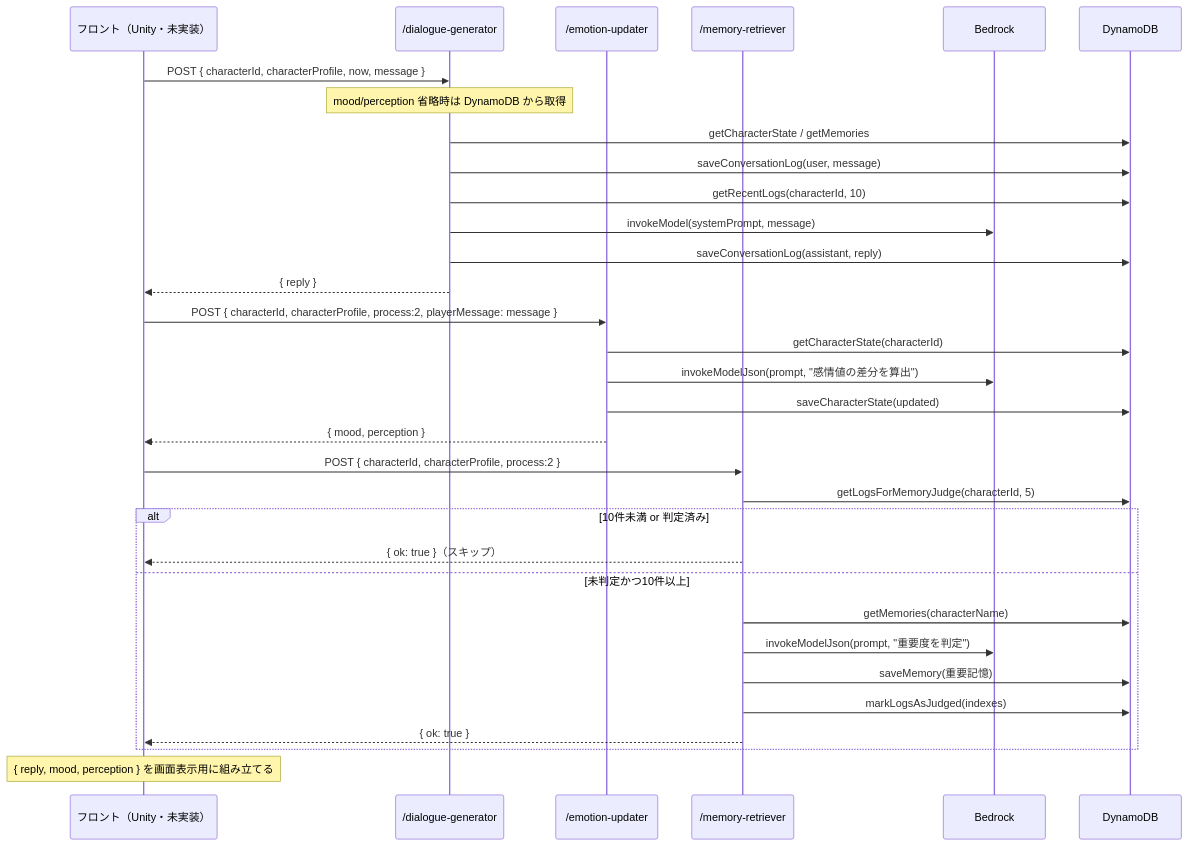
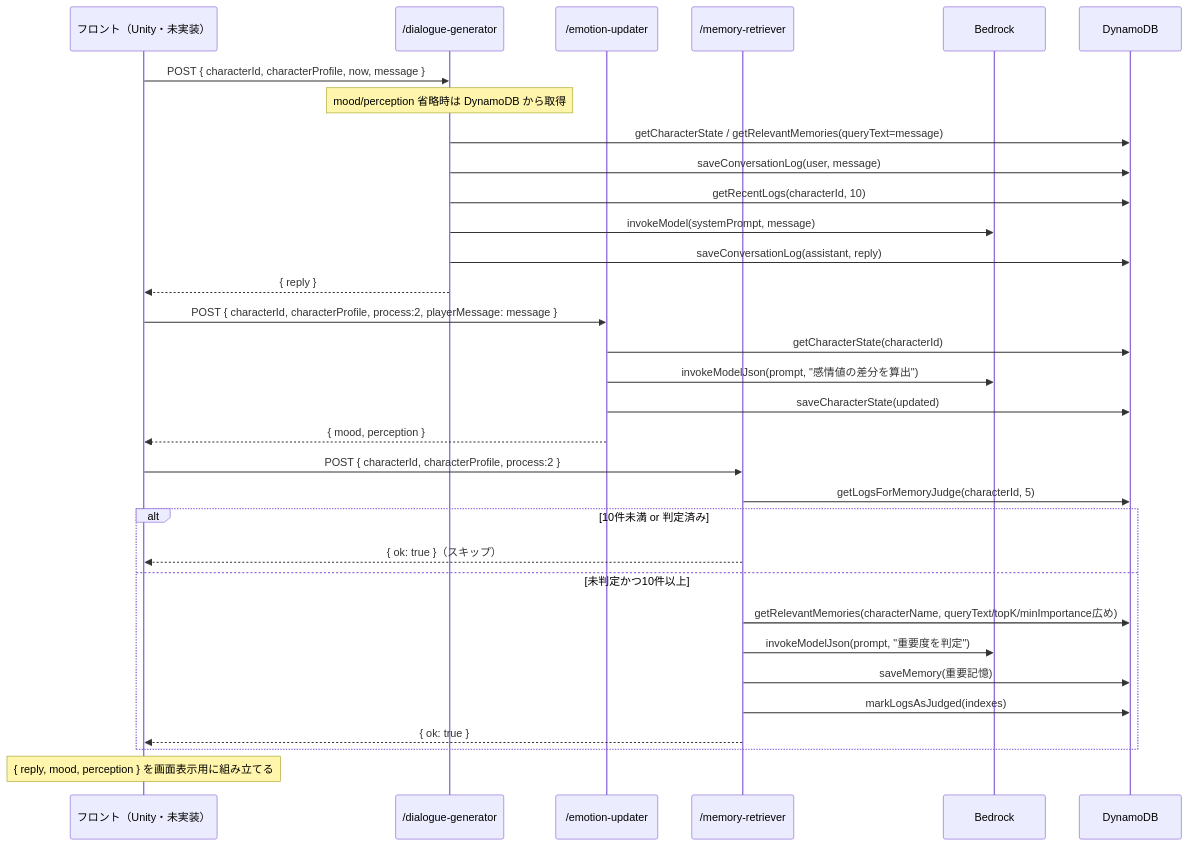
The sixth of 9 diagrams in README.md (yatohana1231-ux/vtuber-simulator-api), drawn with Mermaid before and after one commit. The commit also changed other lines of this file and 5 other files, not shown here.

First line of the commit message:
feat: replace full memory dump with scored top-K retrieval (getRelevantMemories)

````diff
--- a/README.md
+++ b/README.md
@@ -263,38 +263,38 @@
 ```mermaid
 sequenceDiagram
     participant Front as フロント（Unity・未実装）
     participant DG as /dialogue-generator
     participant EU as /emotion-updater
     participant MR as /memory-retriever
     participant BK as Bedrock
     participant DB as DynamoDB
 
     Front->>DG: POST { characterId, characterProfile, now, message }
     Note over DG: mood/perception 省略時は DynamoDB から取得
-    DG->>DB: getCharacterState / getMemories
+    DG->>DB: getCharacterState / getRelevantMemories(queryText=message)
     DG->>DB: saveConversationLog(user, message)
     DG->>DB: getRecentLogs(characterId, 10)
     DG->>BK: invokeModel(systemPrompt, message)
     DG->>DB: saveConversationLog(assistant, reply)
     DG-->>Front: { reply }
 
     Front->>EU: POST { characterId, characterProfile, process:2, playerMessage: message }
     EU->>DB: getCharacterState(characterId)
     EU->>BK: invokeModelJson(prompt, "感情値の差分を算出")
     EU->>DB: saveCharacterState(updated)
     EU-->>Front: { mood, perception }
 
     Front->>MR: POST { characterId, characterProfile, process:2 }
     MR->>DB: getLogsForMemoryJudge(characterId, 5)
     alt 10件未満 or 判定済み
         MR-->>Front: { ok: true }（スキップ）
     else 未判定かつ10件以上
-        MR->>DB: getMemories(characterName)
+        MR->>DB: getRelevantMemories(characterName, queryText/topK/minImportance広め)
         MR->>BK: invokeModelJson(prompt, "重要度を判定")
         MR->>DB: saveMemory(重要記憶)
         MR->>DB: markLogsAsJudged(indexes)
         MR-->>Front: { ok: true }
     end
 
     Note over Front: { reply, mood, perception } を画面表示用に組み立てる
 ```
````
